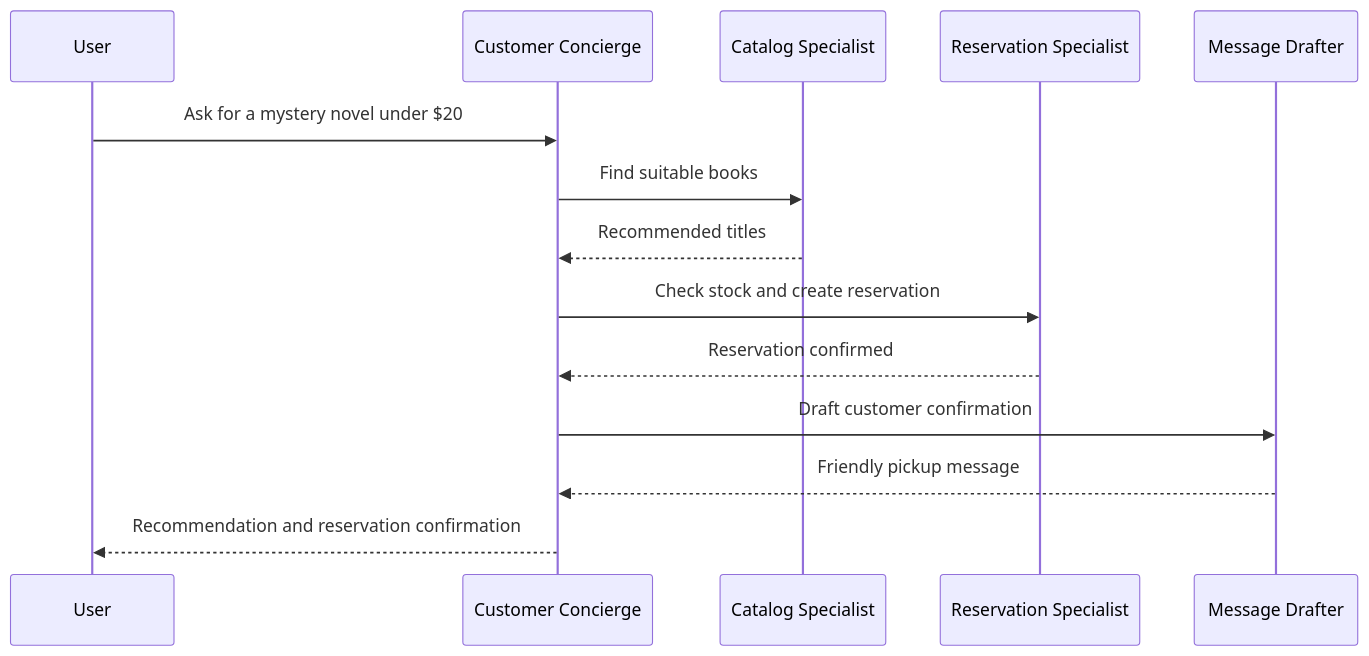
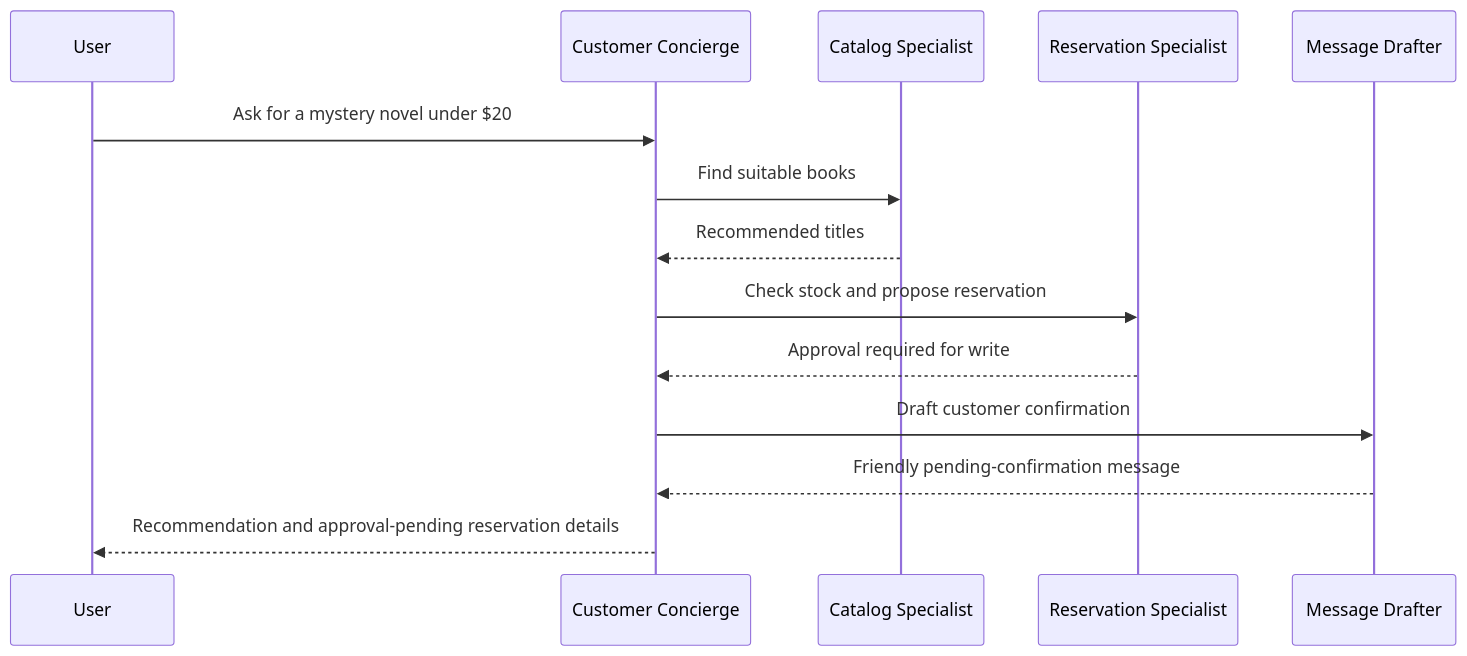
Before and after one commit to athanasios-u8/agentic-platform-k8s: the third of 6 diagrams in docs/bookstore-agent-scenario.md, drawn with Mermaid. The commit also changed other lines of this file and 7 other files, not shown here.

````diff
--- a/docs/bookstore-agent-scenario.md
+++ b/docs/bookstore-agent-scenario.md
@@ -148,17 +218,17 @@
 ```mermaid
 sequenceDiagram
   participant User
   participant CC as Customer Concierge
   participant CS as Catalog Specialist
   participant RS as Reservation Specialist
   participant MD as Message Drafter
 
   User->>CC: Ask for a mystery novel under $20
   CC->>CS: Find suitable books
   CS-->>CC: Recommended titles
-  CC->>RS: Check stock and create reservation
-  RS-->>CC: Reservation confirmed
+  CC->>RS: Check stock and propose reservation
+  RS-->>CC: Approval required for write
   CC->>MD: Draft customer confirmation
-  MD-->>CC: Friendly pickup message
-  CC-->>User: Recommendation and reservation confirmation
+  MD-->>CC: Friendly pending-confirmation message
+  CC-->>User: Recommendation and approval-pending reservation details
 ```
````
